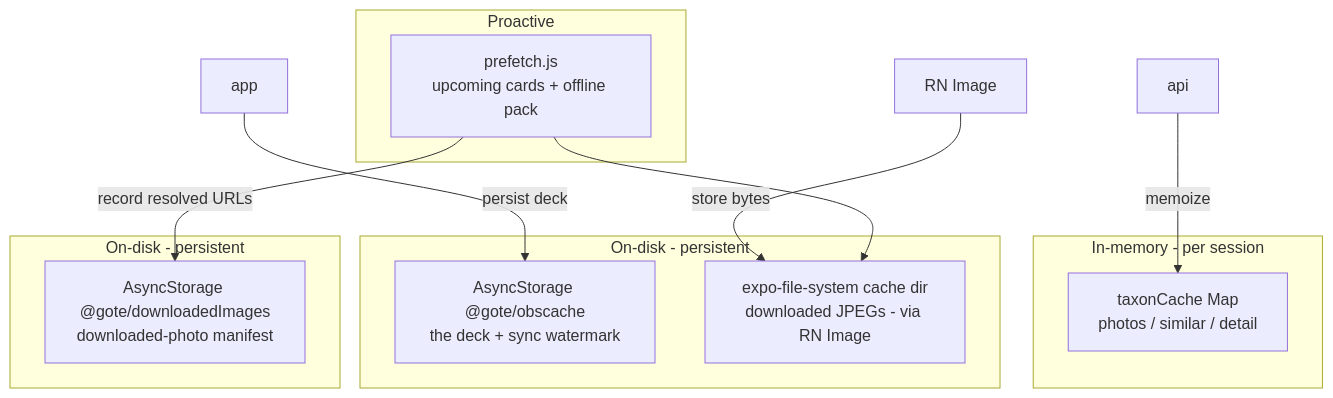
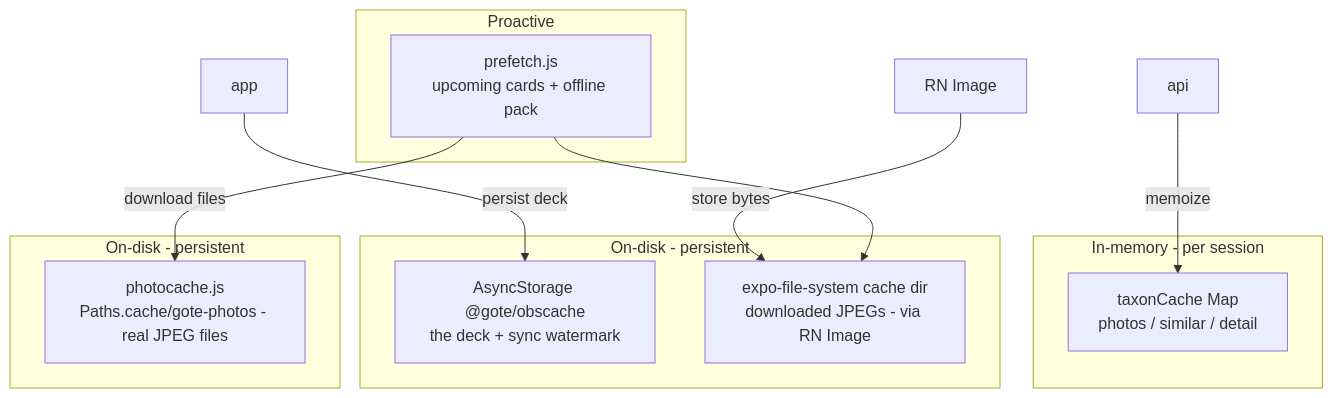
Before and after one commit to turbolya/gote: the sixth of 7 diagrams in docs/ARCHITECTURE.md, drawn with Mermaid. The commit also changed other lines of this file and 3 other files, not shown here.

````diff
--- a/docs/ARCHITECTURE.md
+++ b/docs/ARCHITECTURE.md
@@ -300,22 +302,22 @@
 ```mermaid
 flowchart TB
   subgraph mem[In-memory - per session]
     t[taxonCache Map\nphotos / similar / detail]
   end
   subgraph disk[On-disk - persistent]
     o[AsyncStorage @gote/obscache\nthe deck + sync watermark]
     p[expo-file-system cache dir\ndownloaded JPEGs - via RN Image]
   end
   subgraph warm[Proactive]
     pf[prefetch.js\nupcoming cards + offline pack]
   end
   subgraph disk2[On-disk - persistent]
-    dm[AsyncStorage @gote/downloadedImages\ndownloaded-photo manifest]
+    dm[photocache.js\nPaths.cache/gote-photos - real JPEG files]
   end
 
   api -->|memoize| t
   app -->|persist deck| o
   rnimg[RN Image] -->|store bytes| p
   pf --> p
-  pf -->|record resolved URLs| dm
+  pf -->|download files| dm
 ```
````
